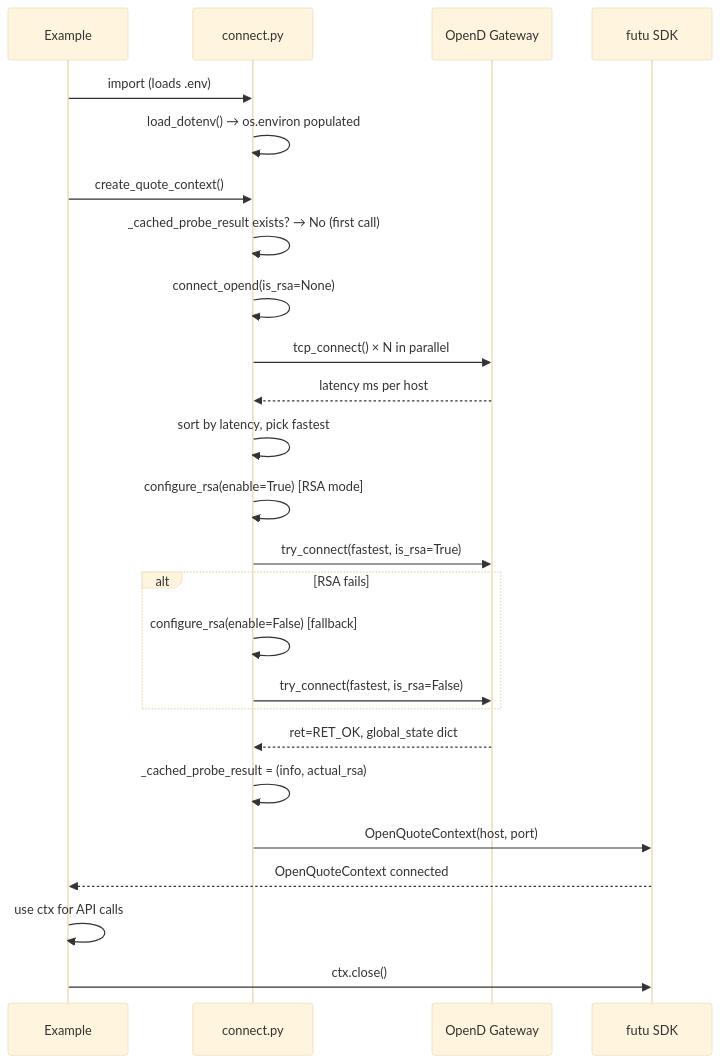
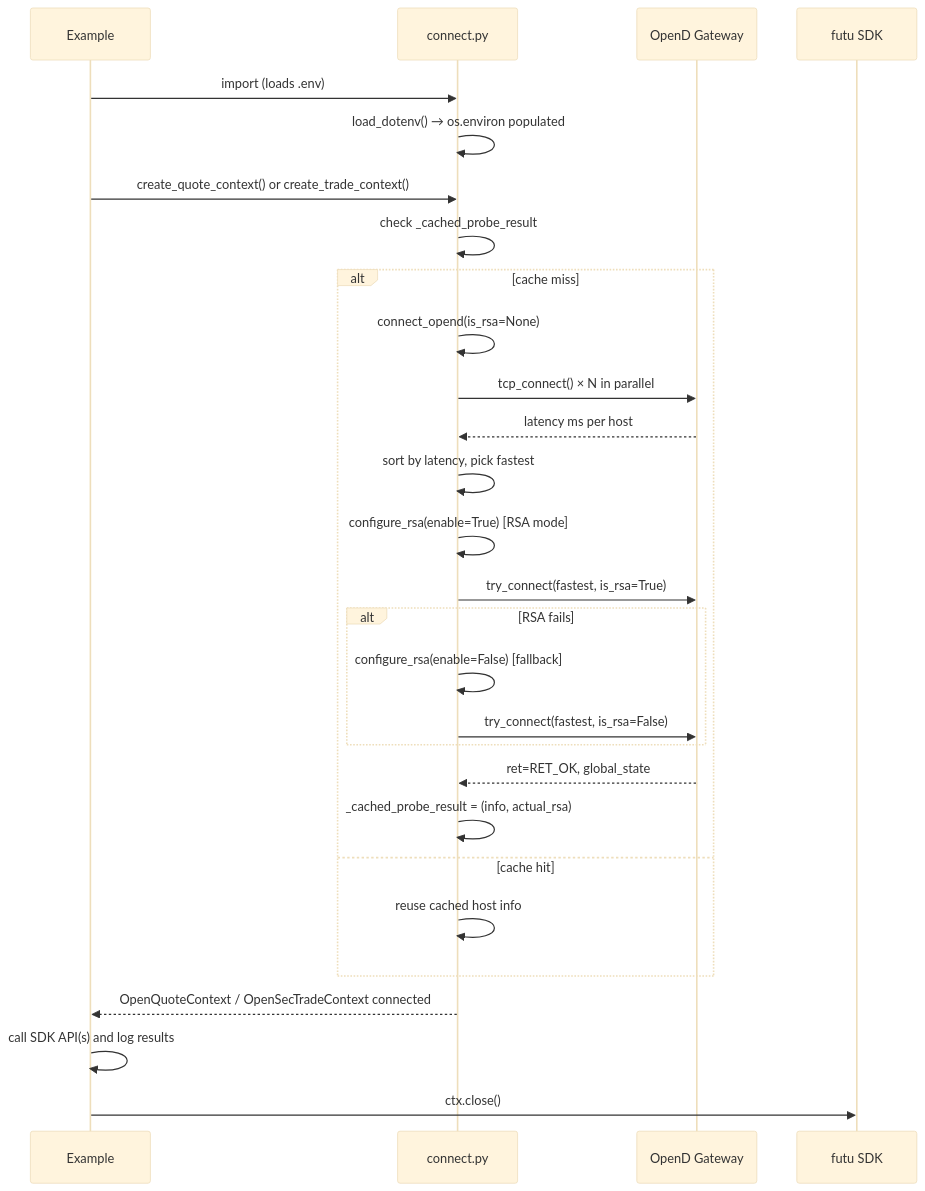
One commit to shing1211/futu-python-samples changed the second of 6 diagrams in ARCHITECTURE.md. Above: the diagram before and after it, drawn with Mermaid (base theme). The commit also changed other lines of this file, not shown here.

First line of the commit message:
docs: regenerate ARCHITECTURE.md from GitNexus knowledge graph

````diff
--- a/ARCHITECTURE.md
+++ b/ARCHITECTURE.md
@@ -198,28 +351,31 @@
 ```mermaid
 sequenceDiagram
     participant Example
     participant connect.py
     participant OpenD Gateway
     participant futu SDK
 
     Example->>connect.py: import (loads .env)
     connect.py->>connect.py: load_dotenv() → os.environ populated
-    Example->>connect.py: create_quote_context()
-    connect.py->>connect.py: _cached_probe_result exists? → No (first call)
-    connect.py->>connect.py: connect_opend(is_rsa=None)
-    connect.py->>OpenD Gateway: tcp_connect() × N in parallel
-    OpenD Gateway-->>connect.py: latency ms per host
-    connect.py->>connect.py: sort by latency, pick fastest
-    connect.py->>connect.py: configure_rsa(enable=True) [RSA mode]
-    connect.py->>OpenD Gateway: try_connect(fastest, is_rsa=True)
-    alt RSA fails
-        connect.py->>connect.py: configure_rsa(enable=False) [fallback]
-        connect.py->>OpenD Gateway: try_connect(fastest, is_rsa=False)
+    Example->>connect.py: create_quote_context() or create_trade_context()
+    connect.py->>connect.py: check _cached_probe_result
+    alt cache miss
+        connect.py->>connect.py: connect_opend(is_rsa=None)
+        connect.py->>OpenD Gateway: tcp_connect() × N in parallel
+        OpenD Gateway-->>connect.py: latency ms per host
+        connect.py->>connect.py: sort by latency, pick fastest
+        connect.py->>connect.py: configure_rsa(enable=True) [RSA mode]
+        connect.py->>OpenD Gateway: try_connect(fastest, is_rsa=True)
+        alt RSA fails
+            connect.py->>connect.py: configure_rsa(enable=False) [fallback]
+            connect.py->>OpenD Gateway: try_connect(fastest, is_rsa=False)
+        end
+        OpenD Gateway-->>connect.py: ret=RET_OK, global_state
+        connect.py->>connect.py: _cached_probe_result = (info, actual_rsa)
+    else cache hit
+        connect.py->>connect.py: reuse cached host info
     end
-    OpenD Gateway-->>connect.py: ret=RET_OK, global_state dict
-    connect.py->>connect.py: _cached_probe_result = (info, actual_rsa)
-    connect.py->>futu SDK: OpenQuoteContext(host, port)
-    futu SDK-->>Example: OpenQuoteContext connected
-    Example->>Example: use ctx for API calls
+    connect.py-->>Example: OpenQuoteContext / OpenSecTradeContext connected
+    Example->>Example: call SDK API(s) and log results
     Example->>futu SDK: ctx.close()
 ```
````
